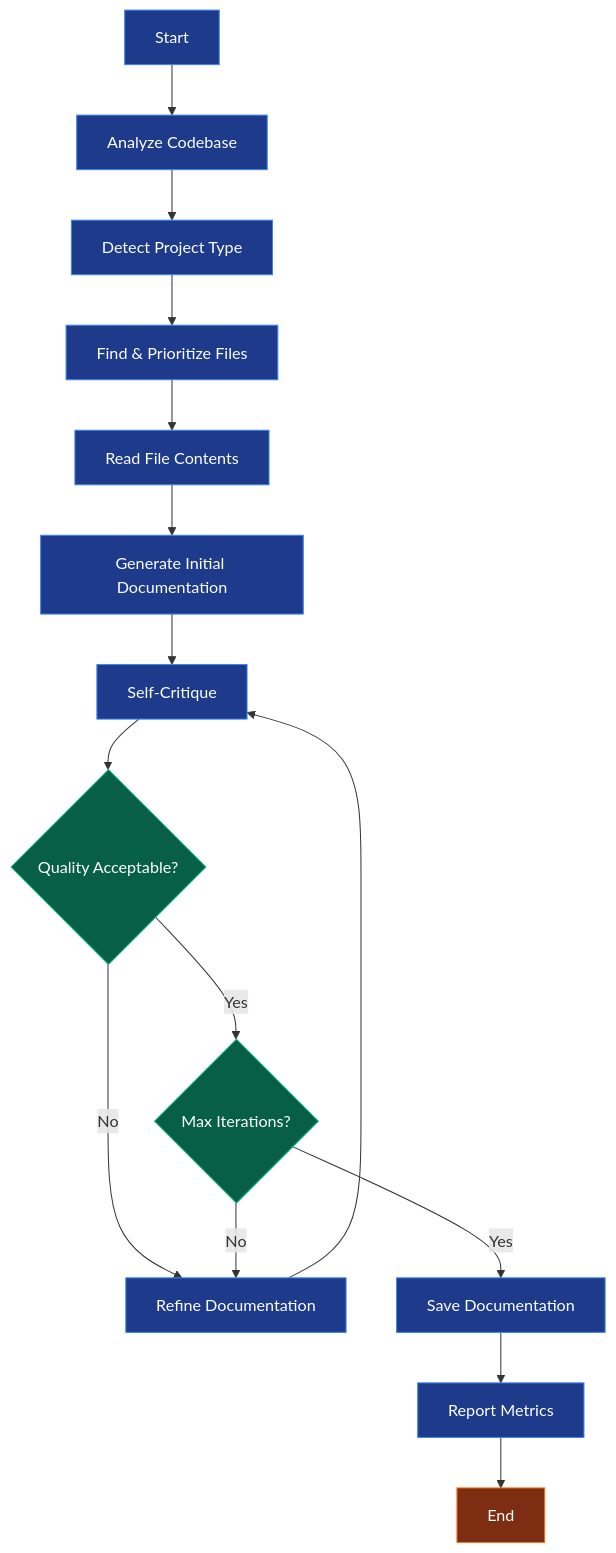
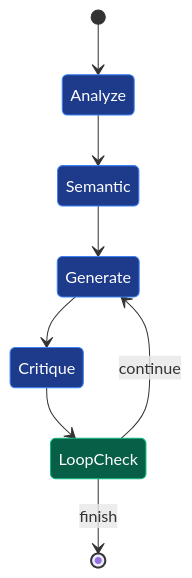
The diagram in docs/guide/ai-agent.md (deepak-sekarbabu/ai-doc-agent), drawn with Mermaid before and after one commit. The commit also changed other lines of this file and 18 other files, not shown here.

````diff
--- a/docs/guide/ai-agent.md
+++ b/docs/guide/ai-agent.md
@@ -15,25 +15,17 @@
 ```mermaid
-graph TD
-    A[Start] --> B[Analyze Codebase]
-    B --> C[Detect Project Type]
-    C --> D[Find & Prioritize Files]
-    D --> E[Read File Contents]
-    E --> F[Generate Initial Documentation]
-    F --> G[Self-Critique]
-    G --> H{Quality Acceptable?}
-    H -->|No| I[Refine Documentation]
-    I --> G
-    H -->|Yes| J{Max Iterations?}
-    J -->|No| I
-    J -->|Yes| K[Save Documentation]
-    K --> L[Report Metrics]
-    L --> M[End]
-    
+stateDiagram-v2
+    [*] --> Analyze
+    Analyze --> Semantic
+    Semantic --> Generate
+    Generate --> Critique
+    Critique --> LoopCheck
+    LoopCheck --> Generate : continue
+    LoopCheck --> [*] : finish
+
     classDef processNode fill:#1e3a8a,stroke:#3b82f6,color:#fff
     classDef decisionNode fill:#065f46,stroke:#10b981,color:#fff
     classDef endNode fill:#7c2d12,stroke:#f97316,color:#fff
-    
-    class A,B,C,D,E,F,G,I,K,L processNode
-    class H,J decisionNode
-    class M endNode
+
+    class Analyze,Semantic,Generate,Critique processNode
+    class LoopCheck decisionNode
 ```
````
